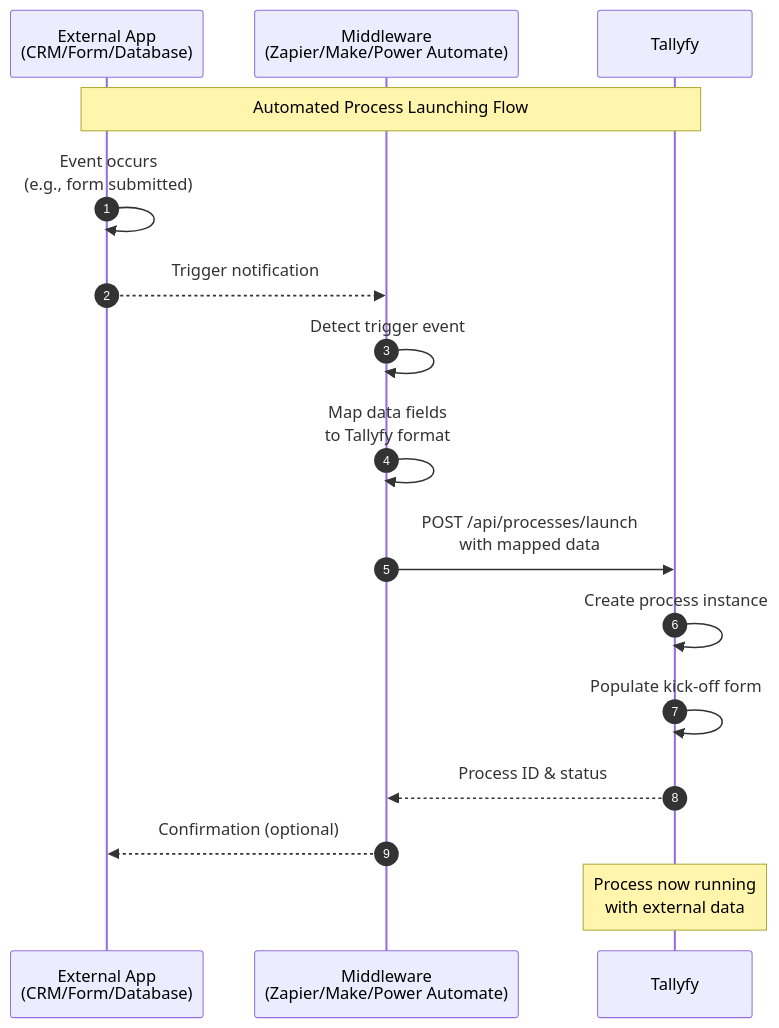
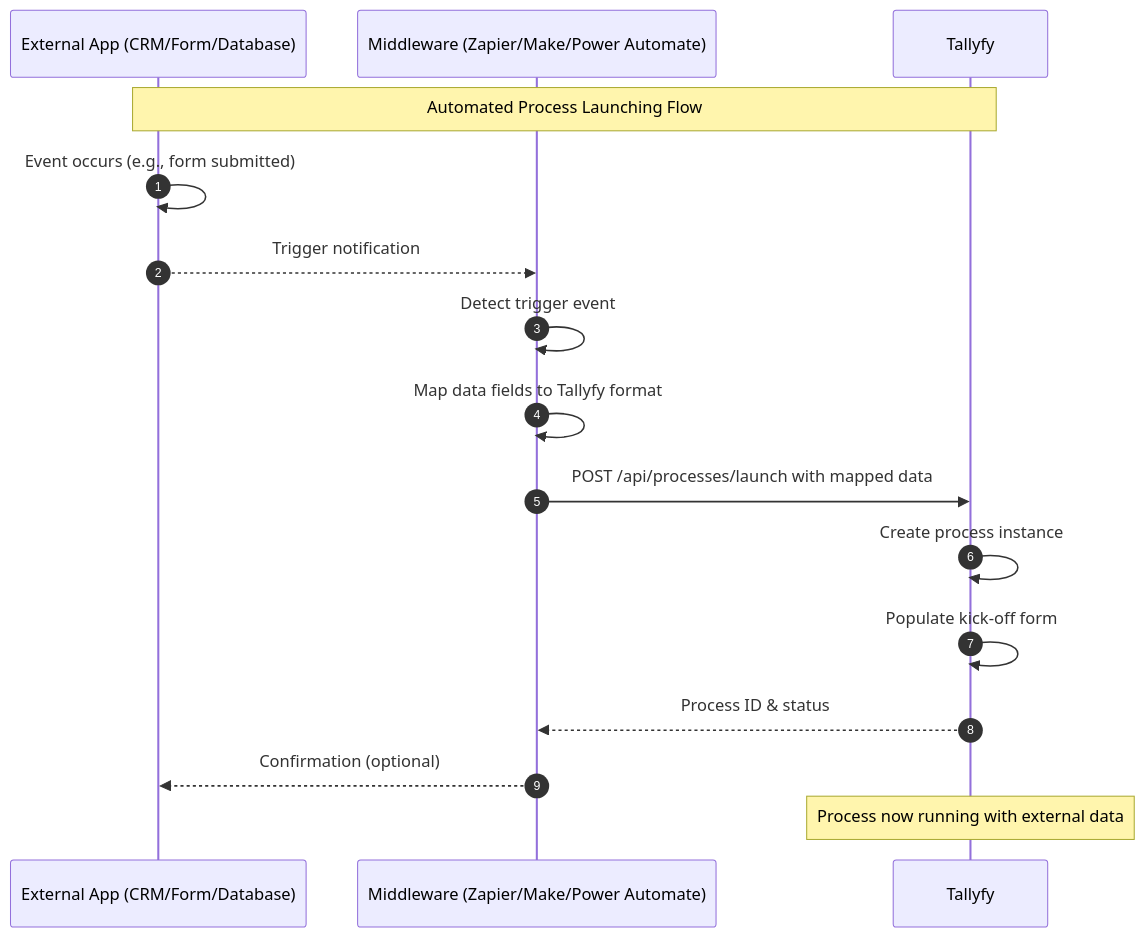
The diagram in src/content/docs/pro/launching/triggers/via-middleware.mdx (tallyfy/documentation), drawn with Mermaid before and after one commit. The commit also changed 46 other files, not shown here.

Commit message:
Update Mermaid notation

````diff
--- a/src/content/docs/pro/launching/triggers/via-middleware.mdx
+++ b/src/content/docs/pro/launching/triggers/via-middleware.mdx
@@ -42,21 +42,21 @@
 ```mermaid
 sequenceDiagram
-    autonumber
-    participant EA as External App<br/>(CRM/Form/Database)
-    participant MW as Middleware<br/>(Zapier/Make/Power Automate)
-    participant TF as Tallyfy
+ autonumber
+ participant EA as External App (CRM/Form/Database)
+ participant MW as Middleware (Zapier/Make/Power Automate)
+ participant TF as Tallyfy
 
-    Note over EA,TF: Automated Process Launching Flow
-    
-    EA->>EA: Event occurs<br/>(e.g., form submitted)
-    EA-->>MW: Trigger notification
-    MW->>MW: Detect trigger event
-    MW->>MW: Map data fields<br/>to Tallyfy format
-    MW->>TF: POST /api/processes/launch<br/>with mapped data
-    TF->>TF: Create process instance
-    TF->>TF: Populate kick-off form
-    TF-->>MW: Process ID & status
-    MW-->>EA: Confirmation (optional)
-    
-    Note over TF: Process now running<br/>with external data
+ Note over EA,TF: Automated Process Launching Flow
+ 
+ EA->>EA: Event occurs (e.g., form submitted)
+ EA-->>MW: Trigger notification
+ MW->>MW: Detect trigger event
+ MW->>MW: Map data fields to Tallyfy format
+ MW->>TF: POST /api/processes/launch with mapped data
+ TF->>TF: Create process instance
+ TF->>TF: Populate kick-off form
+ TF-->>MW: Process ID & status
+ MW-->>EA: Confirmation (optional)
+ 
+ Note over TF: Process now running with external data
 ```
````
